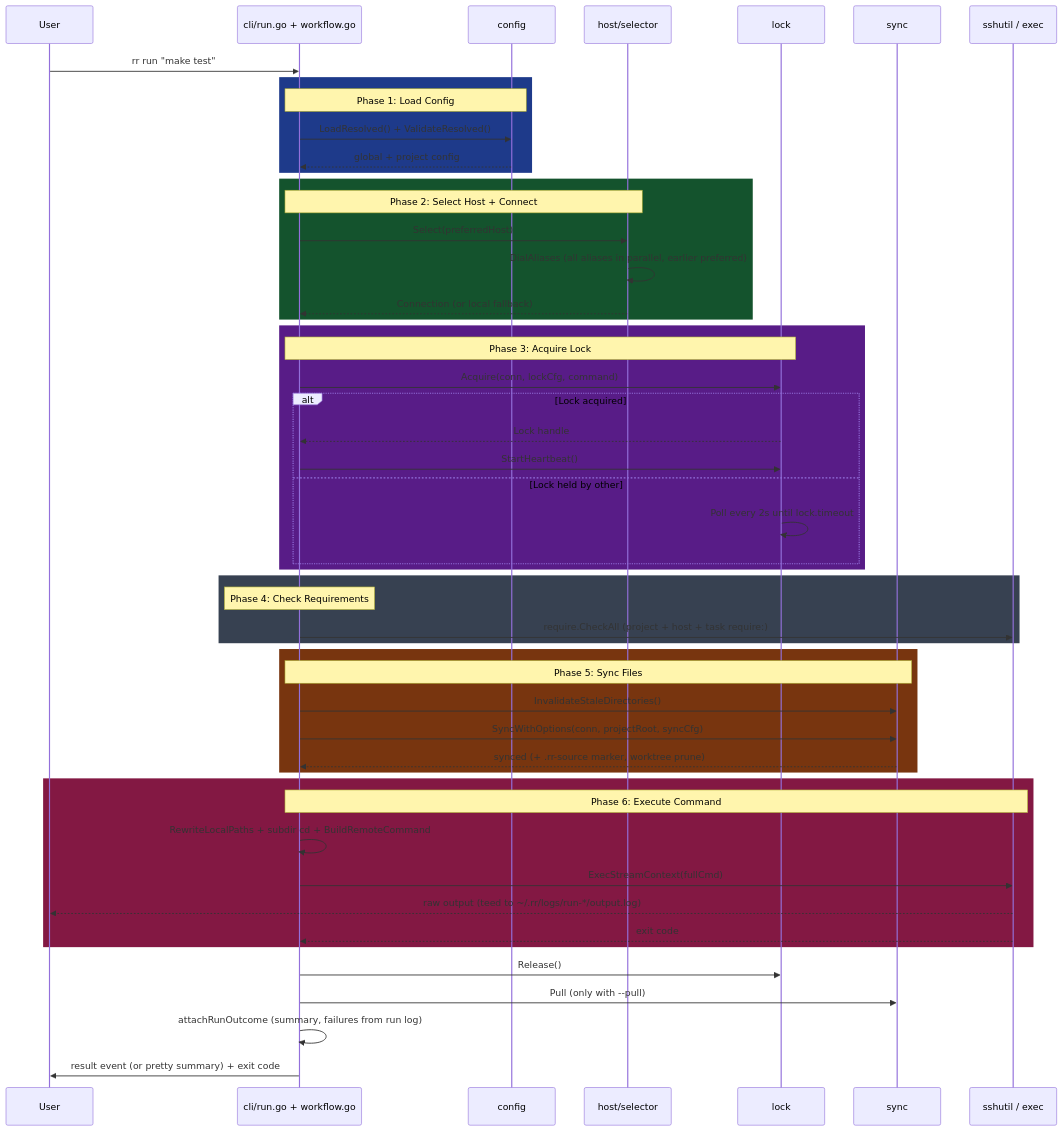
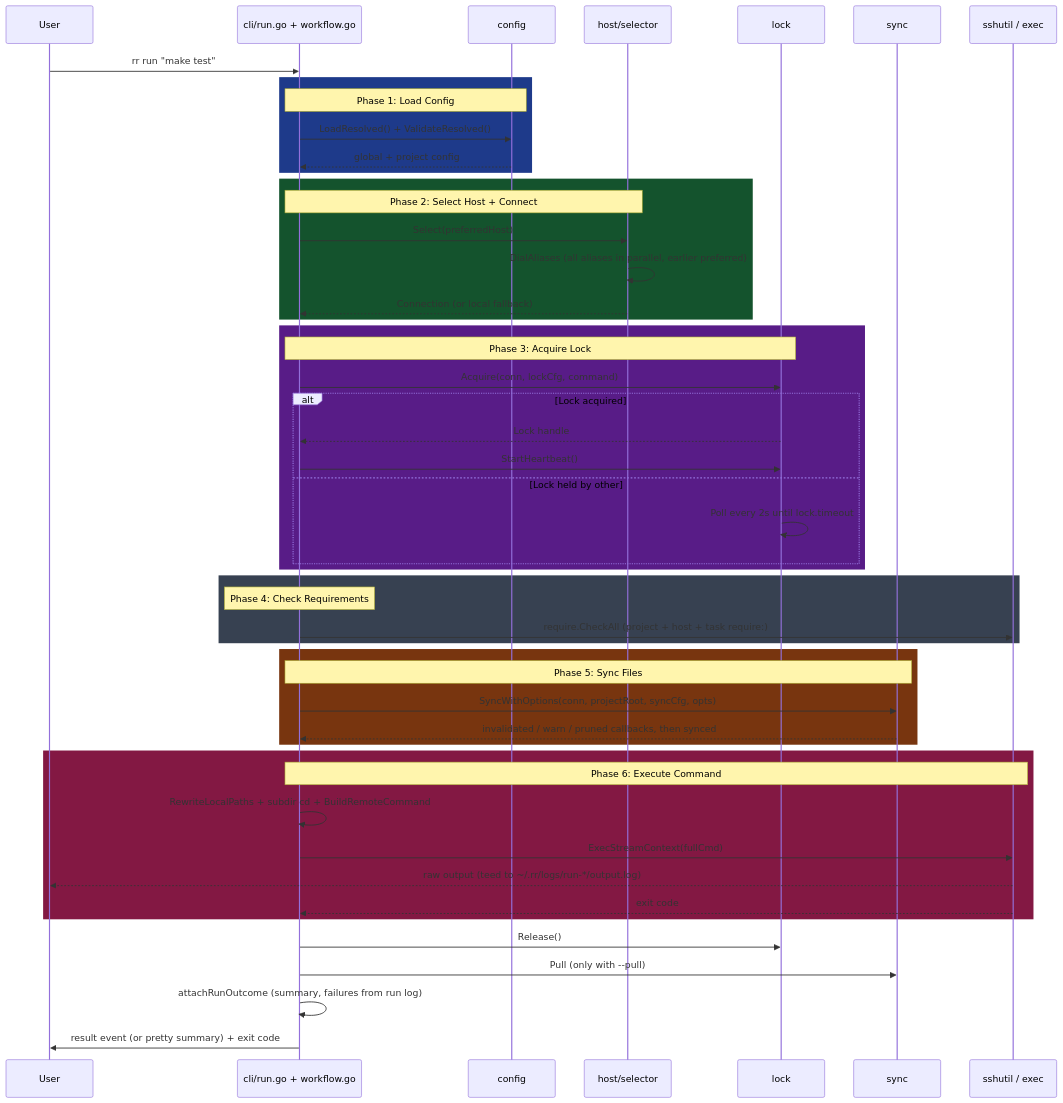
The third of 8 diagrams in docs/ARCHITECTURE.md (rileyhilliard/rr), drawn with Mermaid before and after one commit. The commit also changed other lines of this file and 78 other files, not shown here.

````diff
--- a/docs/ARCHITECTURE.md
+++ b/docs/ARCHITECTURE.md
@@ -1022,61 +994,60 @@
 ```mermaid
 sequenceDiagram
     participant User
     participant CLI as cli/run.go + workflow.go
     participant Config as config
     participant Host as host/selector
     participant Lock as lock
     participant Sync as sync
     participant Exec as sshutil / exec
 
     User->>CLI: rr run "make test"
 
     rect rgb(30, 58, 138)
         Note over CLI,Config: Phase 1: Load Config
         CLI->>Config: LoadResolved() + ValidateResolved()
         Config-->>CLI: global + project config
     end
 
     rect rgb(20, 83, 45)
         Note over CLI,Host: Phase 2: Select Host + Connect
         CLI->>Host: Select(preferredHost)
         Host->>Host: DialAliases (all aliases in parallel, earlier preferred)
         Host-->>CLI: Connection (or local fallback)
     end
 
     rect rgb(88, 28, 135)
         Note over CLI,Lock: Phase 3: Acquire Lock
         CLI->>Lock: Acquire(conn, lockCfg, command)
         alt Lock acquired
             Lock-->>CLI: Lock handle
             CLI->>Lock: StartHeartbeat()
         else Lock held by other
             Lock->>Lock: Poll every 2s until lock.timeout
         end
     end
 
     rect rgb(55, 65, 81)
         Note over CLI: Phase 4: Check Requirements
         CLI->>Exec: require.CheckAll (project + host + task require:)
     end
 
     rect rgb(120, 53, 15)
         Note over CLI,Sync: Phase 5: Sync Files
-        CLI->>Sync: InvalidateStaleDirectories()
-        CLI->>Sync: SyncWithOptions(conn, projectRoot, syncCfg)
-        Sync-->>CLI: synced (+ .rr-source marker, worktree prune)
+        CLI->>Sync: SyncWithOptions(conn, projectRoot, syncCfg, opts)
+        Sync-->>CLI: invalidated / warn / pruned callbacks, then synced
     end
 
     rect rgb(131, 24, 67)
         Note over CLI,Exec: Phase 6: Execute Command
         CLI->>CLI: RewriteLocalPaths + subdir cd + BuildRemoteCommand
         CLI->>Exec: ExecStreamContext(fullCmd)
         Exec-->>User: raw output (teed to ~/.rr/logs/run-*/output.log)
         Exec-->>CLI: exit code
     end
 
     CLI->>Lock: Release()
     CLI->>Sync: Pull (only with --pull)
     CLI->>CLI: attachRunOutcome (summary, failures from run log)
     CLI->>User: result event (or pretty summary) + exit code
 ```
````
